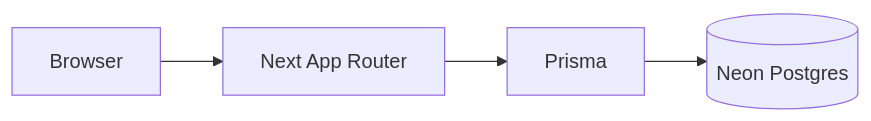
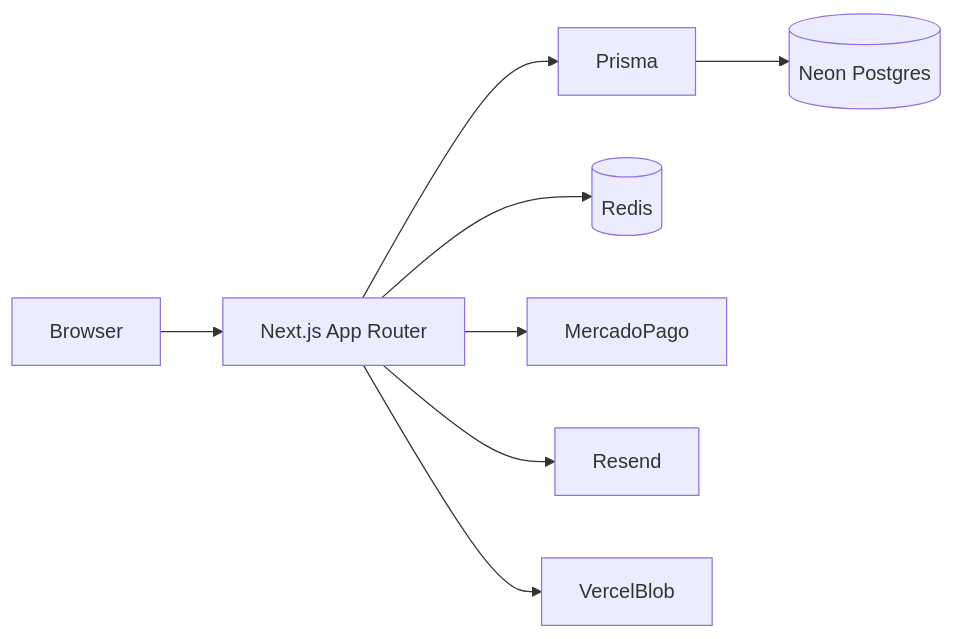
Before and after one commit to CrisNeyra/pagina-web-ventapc: the diagram in README.md, drawn with Mermaid. The commit also changed other lines of this file and 18 other files, not shown here.

````diff
--- a/README.md
+++ b/README.md
@@ -28,10 +24,18 @@
 ```mermaid
 flowchart LR
   browser[Browser]
-  nextApp["Next App Router"]
+  nextApp["Next.js App Router"]
   prisma[Prisma]
   neon[(Neon Postgres)]
+  redis[(Redis)]
+  mp[MercadoPago]
+  resend[Resend]
+  blob[VercelBlob]
   browser --> nextApp
   nextApp --> prisma
   prisma --> neon
+  nextApp --> redis
+  nextApp --> mp
+  nextApp --> resend
+  nextApp --> blob
 ```
````
